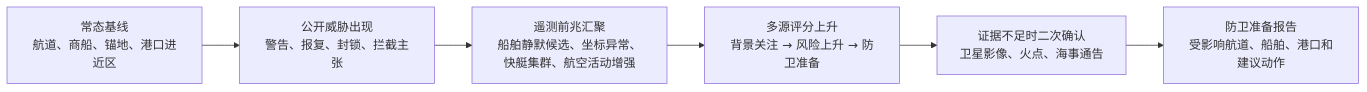
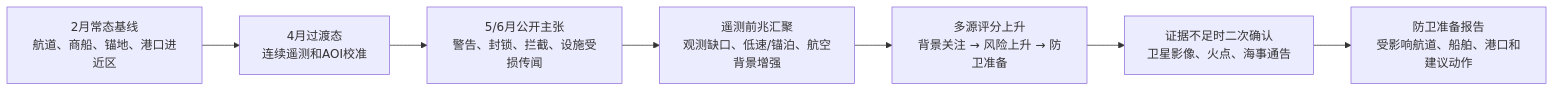
One commit to isxylands/dy-inta changed the first of 2 diagrams in devdoc/DYINT场景2-3Demo数据规则与补强方案.md. Above: the diagram before and after it, drawn with Mermaid. The commit also changed other lines of this file and 1 other file, not shown here.

````diff
--- a/devdoc/DYINT场景2-3Demo数据规则与补强方案.md
+++ b/devdoc/DYINT场景2-3Demo数据规则与补强方案.md
@@ -55,8 +75,9 @@
 ```mermaid
 flowchart LR
-  A["常态基线<br/>航道、商船、锚地、港口进近区"] --> B["公开威胁出现<br/>警告、报复、封锁、拦截主张"]
-  B --> C["遥测前兆汇聚<br/>船舶静默候选、坐标异常、快艇集群、航空活动增强"]
-  C --> D["多源评分上升<br/>背景关注 → 风险上升 → 防卫准备"]
-  D --> E["证据不足时二次确认<br/>卫星影像、火点、海事通告"]
-  E --> F["防卫准备报告<br/>受影响航道、船舶、港口和建议动作"]
+  A["2月常态基线<br/>航道、商船、锚地、港口进近区"] --> B["4月过渡态<br/>连续遥测和AOI校准"]
+  B --> C["5/6月公开主张<br/>警告、封锁、拦截、设施受损传闻"]
+  C --> D["遥测前兆汇聚<br/>观测缺口、低速/锚泊、航空背景增强"]
+  D --> E["多源评分上升<br/>背景关注 → 风险上升 → 防卫准备"]
+  E --> F["证据不足时二次确认<br/>卫星影像、火点、海事通告"]
+  F --> G["防卫准备报告<br/>受影响航道、船舶、港口和建议动作"]
 ```
````
